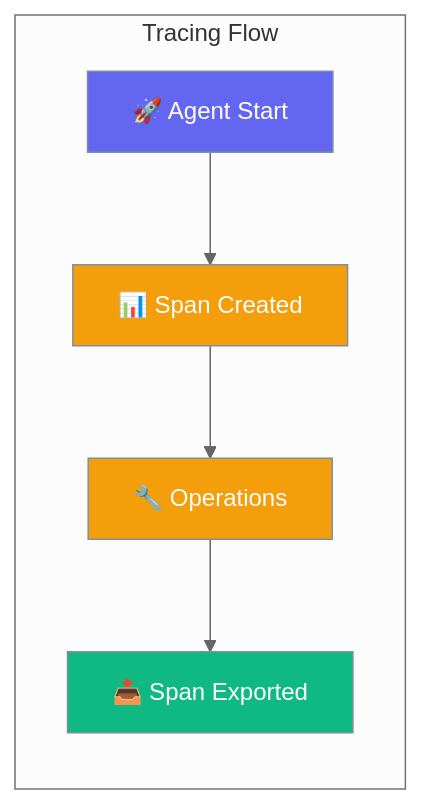
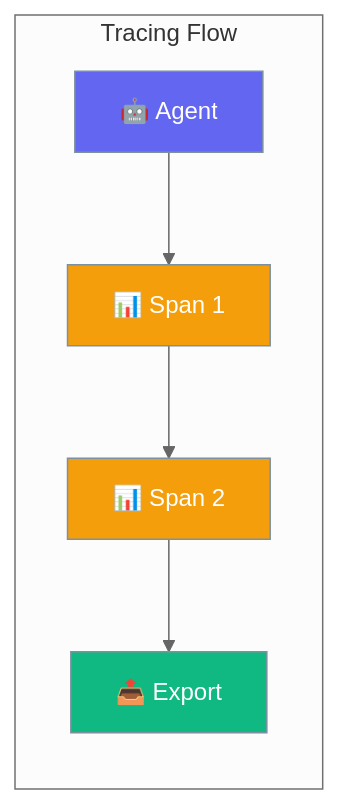
Before and after one commit to MervinPraison/PraisonAIDocs: the first of 2 diagrams in docs/rust/tracing.mdx, drawn with Mermaid (neutral theme). The commit also changed other lines of this file and 20 other files, not shown here.

````diff
--- a/docs/rust/tracing.mdx
+++ b/docs/rust/tracing.mdx
@@ -10,16 +10,16 @@
 ```mermaid
 graph LR
     subgraph "Tracing Flow"
-        A[🚀 Agent Start] --> B[📊 Span Created]
-        B --> C[🔧 Operations]
-        C --> D[📤 Span Exported]
+        A[🤖 Agent] --> S1[📊 Span 1]
+        S1 --> S2[📊 Span 2]
+        S2 --> E[📤 Export]
     end
     
-    classDef input fill:#6366F1,stroke:#7C90A0,color:#fff
-    classDef process fill:#F59E0B,stroke:#7C90A0,color:#fff
-    classDef output fill:#10B981,stroke:#7C90A0,color:#fff
+    classDef agent fill:#6366F1,stroke:#7C90A0,color:#fff
+    classDef span fill:#F59E0B,stroke:#7C90A0,color:#fff
+    classDef export fill:#10B981,stroke:#7C90A0,color:#fff
     
-    class A input
-    class B,C process
-    class D output
+    class A agent
+    class S1,S2 span
+    class E export
 ```
````
